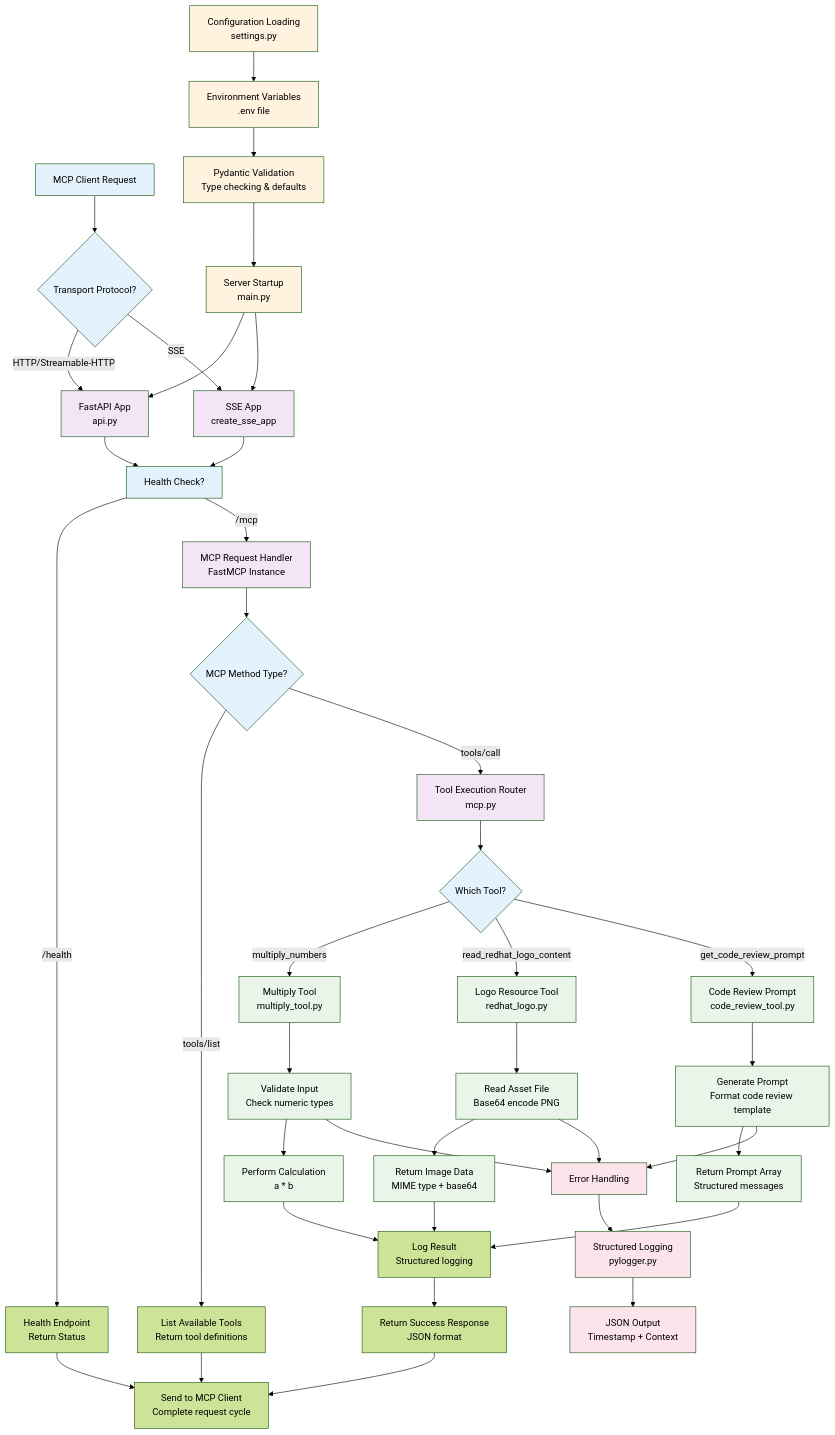
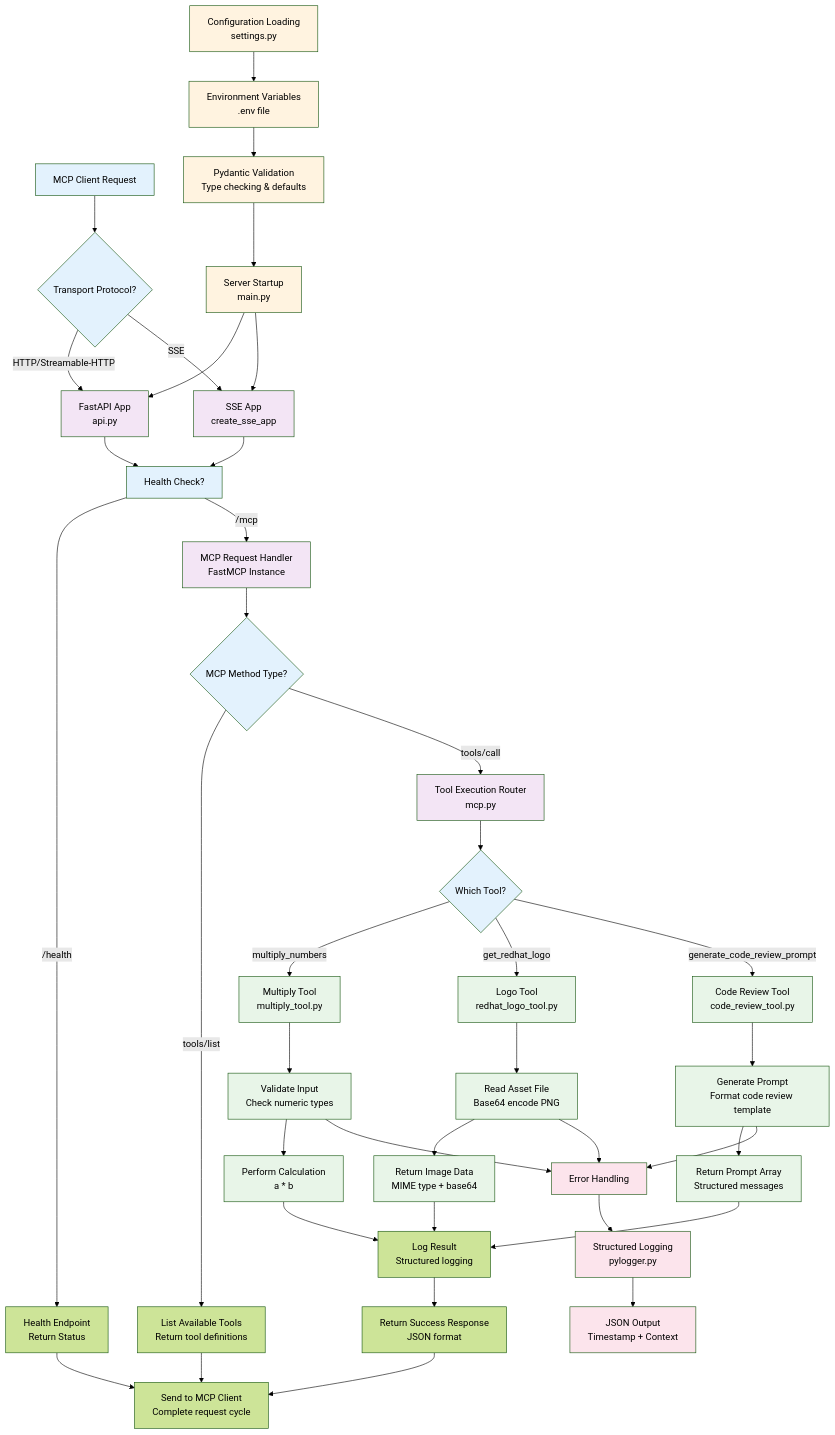
One commit to redhat-data-and-ai/template-mcp-server changed the second of 2 diagrams in docs/architecture.md. Above: the diagram before and after it, drawn with Mermaid (forest theme). The commit also changed other lines of this file and 2 other files, not shown here.

First line of the commit message:
fix: correct tool names in docs and fix broken examples

````diff
--- a/docs/architecture.md
+++ b/docs/architecture.md
@@ -106,68 +106,68 @@
 ```mermaid
 flowchart TD
     A[MCP Client Request] --> B{Transport Protocol?}
 
     B -->|HTTP/Streamable-HTTP| C[FastAPI App<br/>api.py]
     B -->|SSE| D[SSE App<br/>create_sse_app]
 
     C --> E[Health Check?]
     D --> E
 
     E -->|/health| F[Health Endpoint<br/>Return Status]
     E -->|/mcp| G[MCP Request Handler<br/>FastMCP Instance]
 
     G --> H{MCP Method Type?}
 
     H -->|tools/list| I[List Available Tools<br/>Return tool definitions]
     H -->|tools/call| J[Tool Execution Router<br/>mcp.py]
 
     J --> K{Which Tool?}
 
     K -->|multiply_numbers| L[Multiply Tool<br/>multiply_tool.py]
-    K -->|read_redhat_logo_content| M[Logo Resource Tool<br/>redhat_logo.py]
-    K -->|get_code_review_prompt| N[Code Review Prompt<br/>code_review_tool.py]
+    K -->|get_redhat_logo| M[Logo Tool<br/>redhat_logo_tool.py]
+    K -->|generate_code_review_prompt| N[Code Review Tool<br/>code_review_tool.py]
 
     L --> O[Validate Input<br/>Check numeric types]
     M --> P[Read Asset File<br/>Base64 encode PNG]
     N --> Q[Generate Prompt<br/>Format code review template]
 
     O --> R[Perform Calculation<br/>a * b]
     P --> S[Return Image Data<br/>MIME type + base64]
     Q --> T[Return Prompt Array<br/>Structured messages]
 
     R --> U[Log Result<br/>Structured logging]
     S --> U
     T --> U
 
     U --> V[Return Success Response<br/>JSON format]
 
     V --> W[Send to MCP Client<br/>Complete request cycle]
 
     F --> W
     I --> W
 
     X[Configuration Loading<br/>settings.py] --> Y[Environment Variables<br/>.env file]
     Y --> Z[Pydantic Validation<br/>Type checking & defaults]
     Z --> AA[Server Startup<br/>main.py]
     AA --> C
     AA --> D
 
     BB[Error Handling] --> CC[Structured Logging<br/>pylogger.py]
     CC --> DD[JSON Output<br/>Timestamp + Context]
 
     O --> BB
     P --> BB
     Q --> BB
 
     classDef request fill:#e3f2fd
     classDef routing fill:#f3e5f5
     classDef tools fill:#e8f5e8
     classDef config fill:#fff3e0
     classDef logging fill:#fce4ec
 
     class A,B,E,H,K request
     class C,D,G,J routing
     class L,M,N,O,P,Q,R,S,T tools
     class X,Y,Z,AA config
     class BB,CC,DD logging
 ```
````
